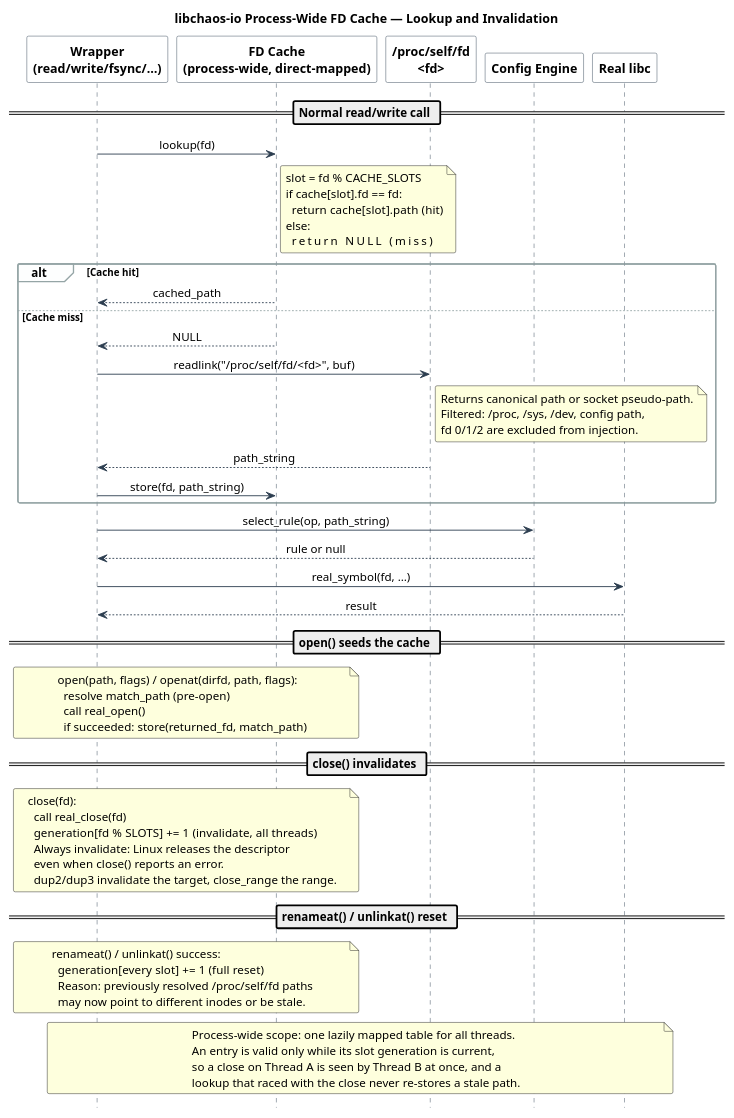
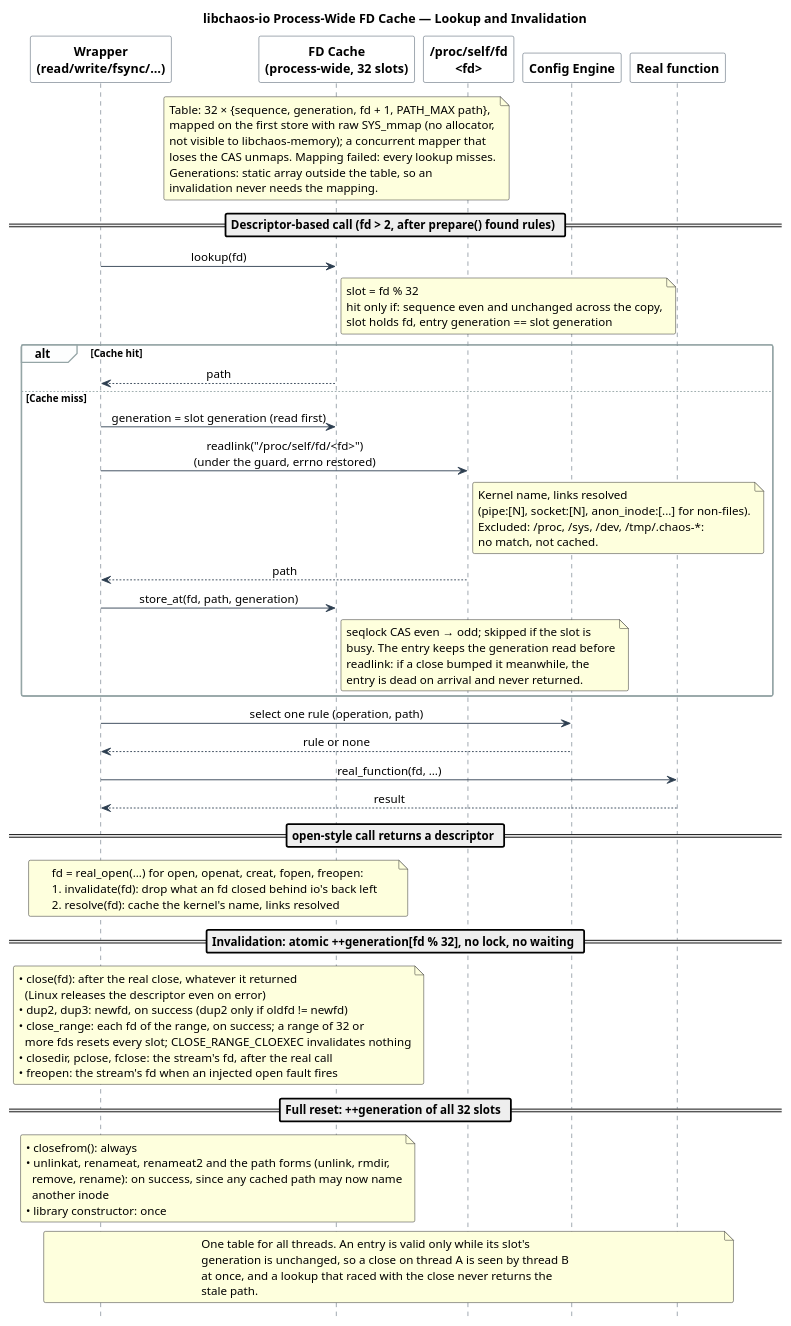
One commit to macstab/macstab-chaos-testing-libraries changed the diagram in docs/diagrams/fdcache.puml. Above: the diagram before and after it, drawn with PlantUML. The commit also changed 14 other files, not shown here.

Commit message:
docs: rewrite architecture, safety, platform and engineering docs; redraw diagrams

```diff
--- a/docs/diagrams/fdcache.puml
+++ b/docs/diagrams/fdcache.puml
@@ -1,104 +1,119 @@
 @startuml fdcache
 '
 ' Engineered by  Christian Schnapka
 '                Embedded Principal+ Engineer
 '                Macstab GmbH · Hamburg, Germany
 '                https://macstab.com
 '
-' libchaos-io process-wide FD cache — direct-mapped lookup,
-' /proc/self/fd miss resolution, and invalidation triggers.
+' libchaos-io process-wide fd cache: direct-mapped lookup with a per-slot
+' seqlock and generation, /proc/self/fd miss resolution, and every
+' invalidation trigger.
 '
-' Reference: docs/IO.md §6 (Component Breakdown → FD cache)
-'            docs/ARCHITECTURE.md §FD Path Resolution
-'            src/config/chaos_io_fdcache.c
+' Reference: docs/IO.md §6 "FD cache", docs/ARCHITECTURE.md "FD Path Resolution"
+'            src/config/chaos_io_fdcache.c, src/wrappers/chaos_io_sync.c
 '
 title libchaos-io Process-Wide FD Cache — Lookup and Invalidation
 
 skinparam sequenceMessageAlign center
 skinparam shadowing false
 skinparam roundCorner 4
 skinparam sequence {
   ArrowColor                 #2C3E50
   LifeLineBorderColor        #2C3E50
   LifeLineBackgroundColor    #ECF0F1
   ParticipantBorderColor     #2C3E50
   ParticipantBackgroundColor #FFFFFF
   ParticipantFontStyle       bold
   GroupBackgroundColor       #FDFEFE
   GroupBorderColor           #95A5A6
 }
 hide footbox
 
 participant "Wrapper\n(read/write/fsync/…)" as Wrap
-participant "FD Cache\n(process-wide, direct-mapped)" as Cache
+participant "FD Cache\n(process-wide, 32 slots)" as Cache
 participant "/proc/self/fd\n<fd>" as Proc
 participant "Config Engine" as Config
-participant "Real libc" as Real
+participant "Real function" as Real
 
-== Normal read/write call ==
+note over Cache
+  Table: 32 × {sequence, generation, fd + 1, PATH_MAX path},
+  mapped on the first store with raw SYS_mmap (no allocator,
+  not visible to libchaos-memory); a concurrent mapper that
+  loses the CAS unmaps. Mapping failed: every lookup misses.
+  Generations: static array outside the table, so an
+  invalidation never needs the mapping.
+end note
+
+== Descriptor-based call (fd > 2, after prepare() found rules) ==
 
 Wrap -> Cache : lookup(fd)
 note right of Cache
-  slot = fd % CACHE_SLOTS
-  if cache[slot].fd == fd:
-    return cache[slot].path  (hit)
-  else:
-    return NULL              (miss)
+  slot = fd % 32
+  hit only if: sequence even and unchanged across the copy,
+  slot holds fd, entry generation == slot generation
 end note
 
 alt Cache hit
-  Cache --> Wrap : cached_path
+  Cache --> Wrap : path
 else Cache miss
-  Cache --> Wrap : NULL
-  Wrap -> Proc : readlink("/proc/self/fd/<fd>", buf)
+  Wrap -> Cache : generation = slot generation (read first)
+  Wrap -> Proc : readlink("/proc/self/fd/<fd>")\n(under the guard, errno restored)
   note right of Proc
-    Returns canonical path or socket pseudo-path.
-    Filtered: /proc, /sys, /dev, config path,
-    fd 0/1/2 are excluded from injection.
+    Kernel name, links resolved
+    (pipe:[N], socket:[N], anon_inode:[...] for non-files).
+    Excluded: /proc, /sys, /dev, /tmp/.chaos-*:
+    no match, not cached.
   end note
-  Proc --> Wrap : path_string
-  Wrap -> Cache : store(fd, path_string)
+  Proc --> Wrap : path
+  Wrap -> Cache : store_at(fd, path, generation)
+  note right of Cache
+    seqlock CAS even → odd; skipped if the slot is
+    busy. The entry keeps the generation read before
+    readlink: if a close bumped it meanwhile, the
+    entry is dead on arrival and never returned.
+  end note
 end
 
-Wrap -> Config : select_rule(op, path_string)
-Config --> Wrap : rule or null
-Wrap -> Real : real_symbol(fd, …)
+Wrap -> Config : select one rule (operation, path)
+Config --> Wrap : rule or none
+Wrap -> Real : real_function(fd, …)
 Real --> Wrap : result
 
-== open() seeds the cache ==
+== open-style call returns a descriptor ==
 
 note over Wrap, Cache
-  open(path, flags) / openat(dirfd, path, flags):
-    resolve match_path (pre-open)
-    call real_open()
-    if succeeded: store(returned_fd, match_path)
+  fd = real_open(...) for open, openat, creat, fopen, freopen:
+  1. invalidate(fd): drop what an fd closed behind io's back left
+  2. resolve(fd): cache the kernel's name, links resolved
 end note
 
-== close() invalidates ==
+== Invalidation: atomic ++generation[fd % 32], no lock, no waiting ==
 
 note over Wrap, Cache
-  close(fd):
-    call real_close(fd)
-    generation[fd % SLOTS] += 1  (invalidate, all threads)
-    Always invalidate: Linux releases the descriptor
-    even when close() reports an error.
-    dup2/dup3 invalidate the target, close_range the range.
+  • close(fd): after the real close, whatever it returned
+    (Linux releases the descriptor even on error)
+  • dup2, dup3: newfd, on success (dup2 only if oldfd != newfd)
+  • close_range: each fd of the range, on success; a range of 32 or
+    more fds resets every slot; CLOSE_RANGE_CLOEXEC invalidates nothing
+  • closedir, pclose, fclose: the stream's fd, after the real call
+  • freopen: the stream's fd when an injected open fault fires
 end note
 
-== renameat() / unlinkat() reset ==
+== Full reset: ++generation of all 32 slots ==
 
 note over Wrap, Cache
-  renameat() / unlinkat() success:
-    generation[every slot] += 1  (full reset)
-    Reason: previously resolved /proc/self/fd paths
-    may now point to different inodes or be stale.
+  • closefrom(): always
+  • unlinkat, renameat, renameat2 and the path forms (unlink, rmdir,
+    remove, rename): on success, since any cached path may now name
+    another inode
+  • library constructor: once
 end note
 
 note across
-  Process-wide scope: one lazily mapped table for all threads.
-  An entry is valid only while its slot generation is current,
-  so a close on Thread A is seen by Thread B at once, and a
-  lookup that raced with the close never re-stores a stale path.
+  One table for all threads. An entry is valid only while its slot's
+  generation is unchanged, so a close on thread A is seen by thread B
+  at once, and a lookup that raced with the close never returns the
+  stale path.
 end note
 
 @enduml
```
